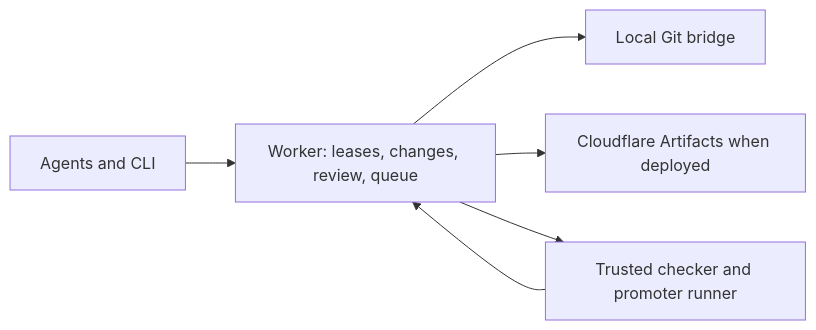
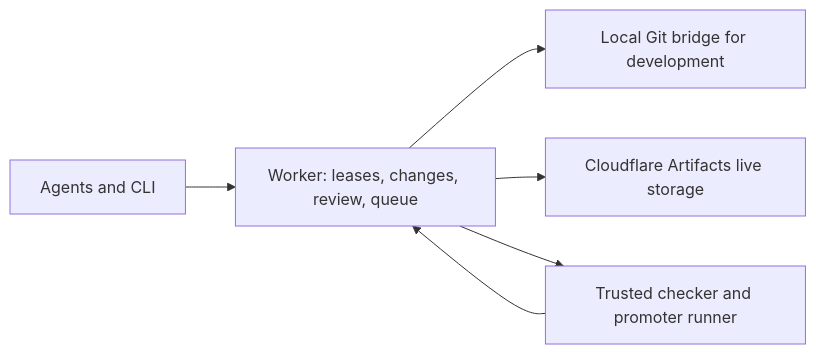
One commit to seb-patron/concord changed the diagram in README.md. Above: the diagram before and after it, drawn with Mermaid. The commit also changed other lines of this file and 6 other files, not shown here.

````diff
--- a/README.md
+++ b/README.md
@@ -16,8 +26,8 @@
 ```mermaid
 flowchart LR
   A[Agents and CLI] --> W[Worker: leases, changes, review, queue]
-  W --> B[Local Git bridge]
-  W --> C[Cloudflare Artifacts when deployed]
+  W --> B[Local Git bridge for development]
+  W --> C[Cloudflare Artifacts live storage]
   W --> R[Trusted checker and promoter runner]
   R --> W
 ```
````
